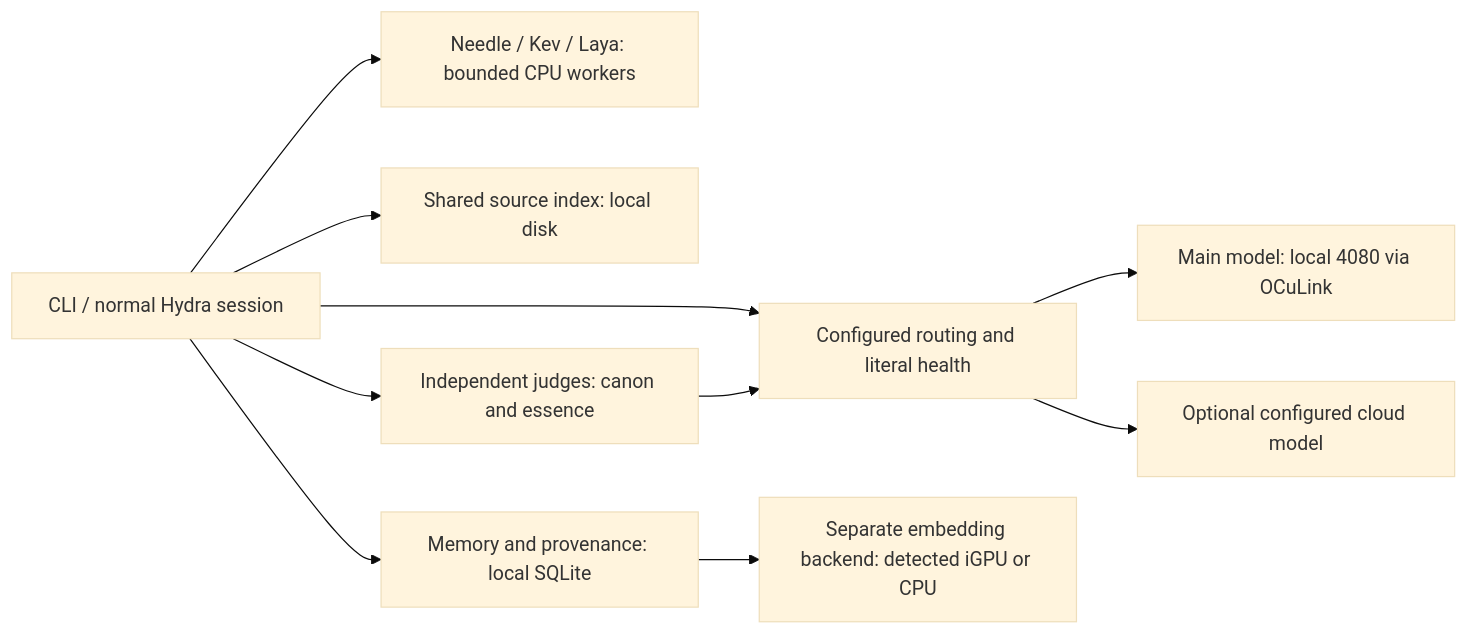
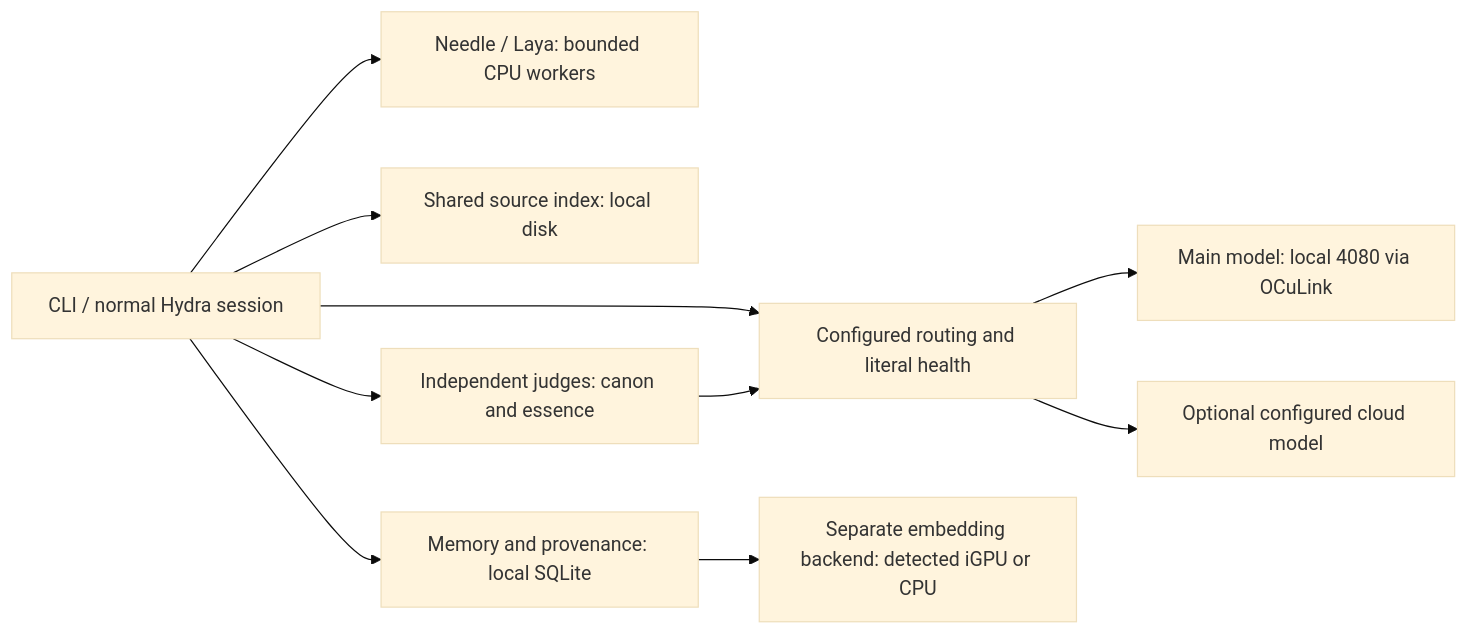
Before and after one commit to Tcuzzo/HydraAgent_public: the diagram in docs/LOCAL-AGNOSTIC-RUNTIME.md, drawn with Mermaid (base theme). The commit also changed other lines of this file and 122 other files, not shown here.

First line of the commit message:
revert: remove Needle/Kev bot-team repair branch changes

````diff
--- a/docs/LOCAL-AGNOSTIC-RUNTIME.md
+++ b/docs/LOCAL-AGNOSTIC-RUNTIME.md
@@ -142,12 +128,12 @@
 ```mermaid
 flowchart LR
     U[CLI / normal Hydra session] --> R[Configured routing and literal health]
     R --> G[Main model: local 4080 via OCuLink]
     R --> C[Optional configured cloud model]
-    U --> N[Needle / Kev / Laya: bounded CPU workers]
+    U --> N[Needle / Laya: bounded CPU workers]
     U --> I[Shared source index: local disk]
     U --> M[Memory and provenance: local SQLite]
     M --> E[Separate embedding backend: detected iGPU or CPU]
     U --> T[Independent judges: canon and essence]
     T --> R
 ```
````
